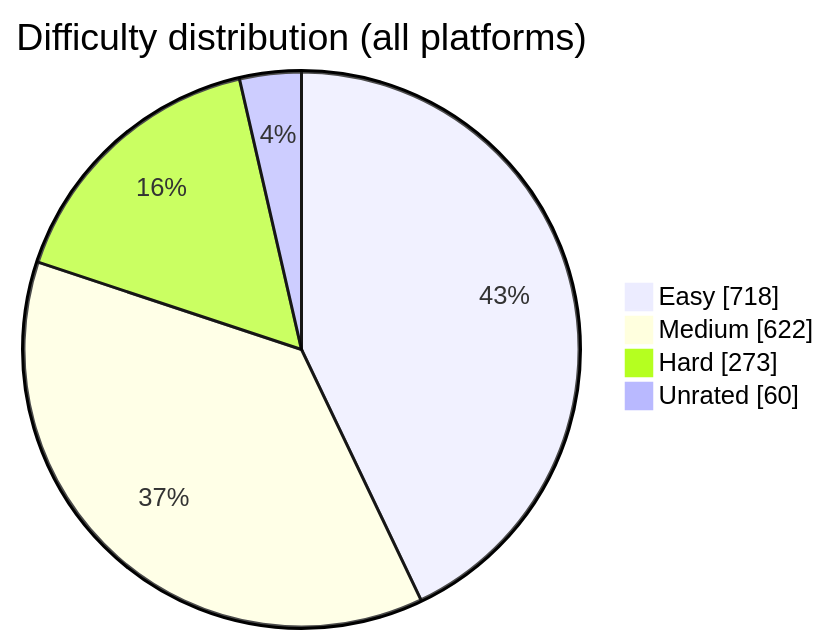
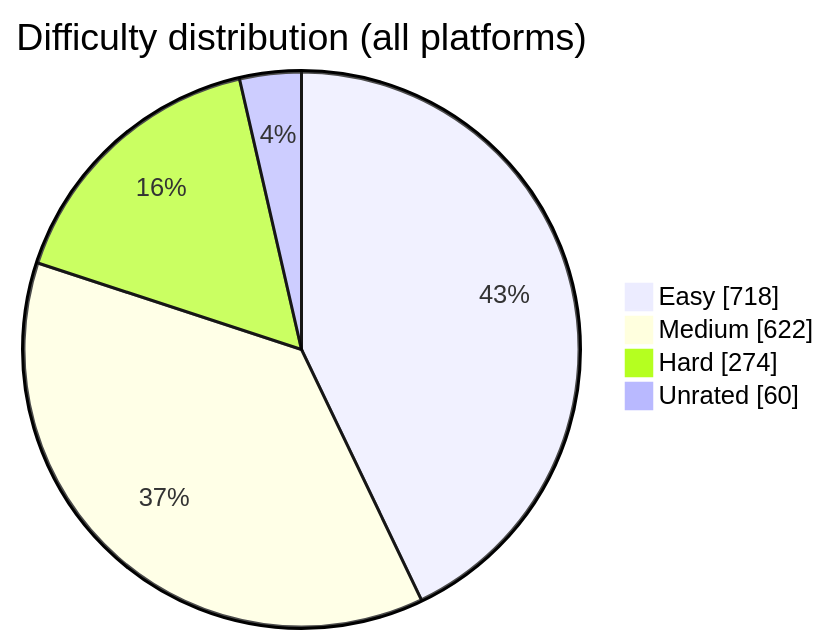
The diagram in README.md (BuildbyArindam/Daily-Coding-Log), drawn with Mermaid before and after one commit. The commit also changed other lines of this file, not shown here.

````diff
--- a/README.md
+++ b/README.md
@@ -93,7 +93,7 @@
 ```mermaid
 pie showData title Difficulty distribution (all platforms)
     "Easy" : 718
     "Medium" : 622
-    "Hard" : 273
+    "Hard" : 274
     "Unrated" : 60
 ```
````
